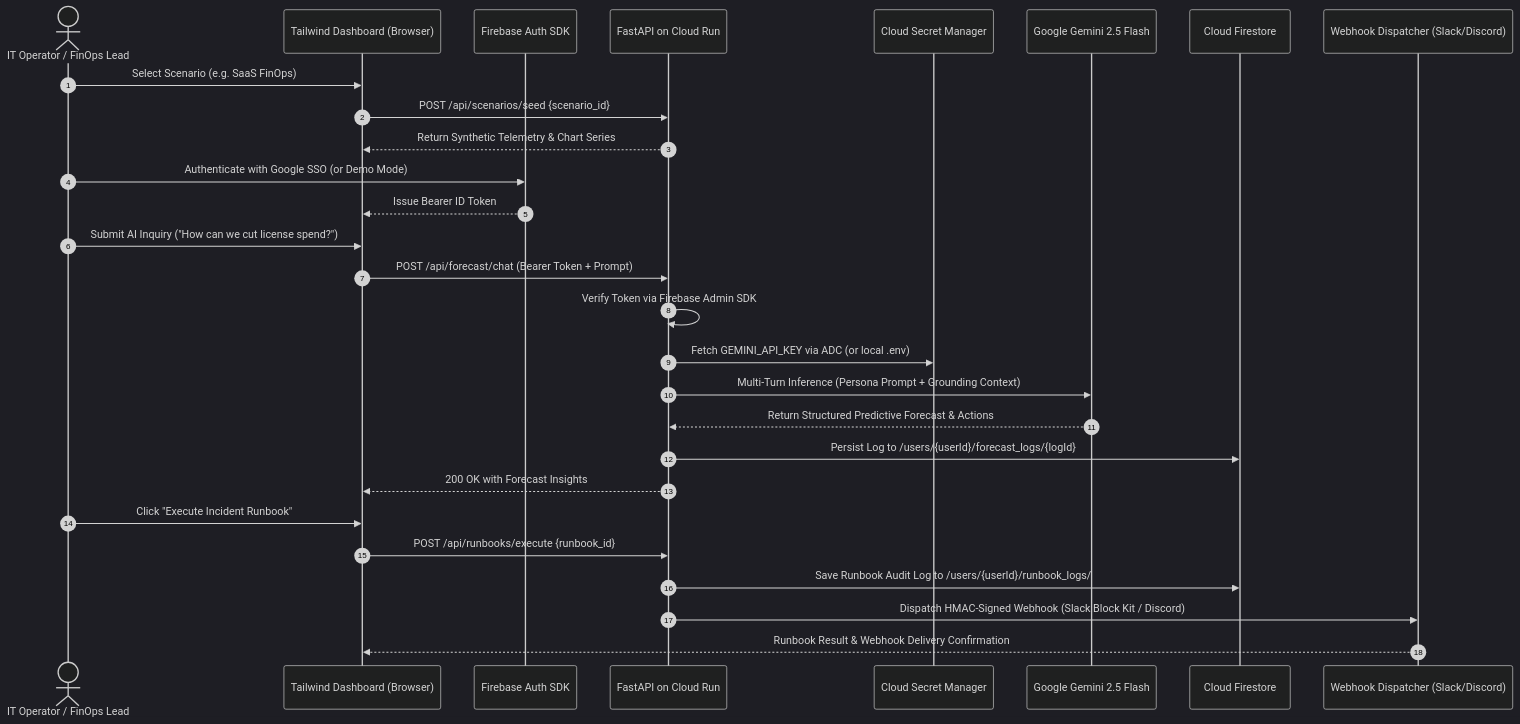
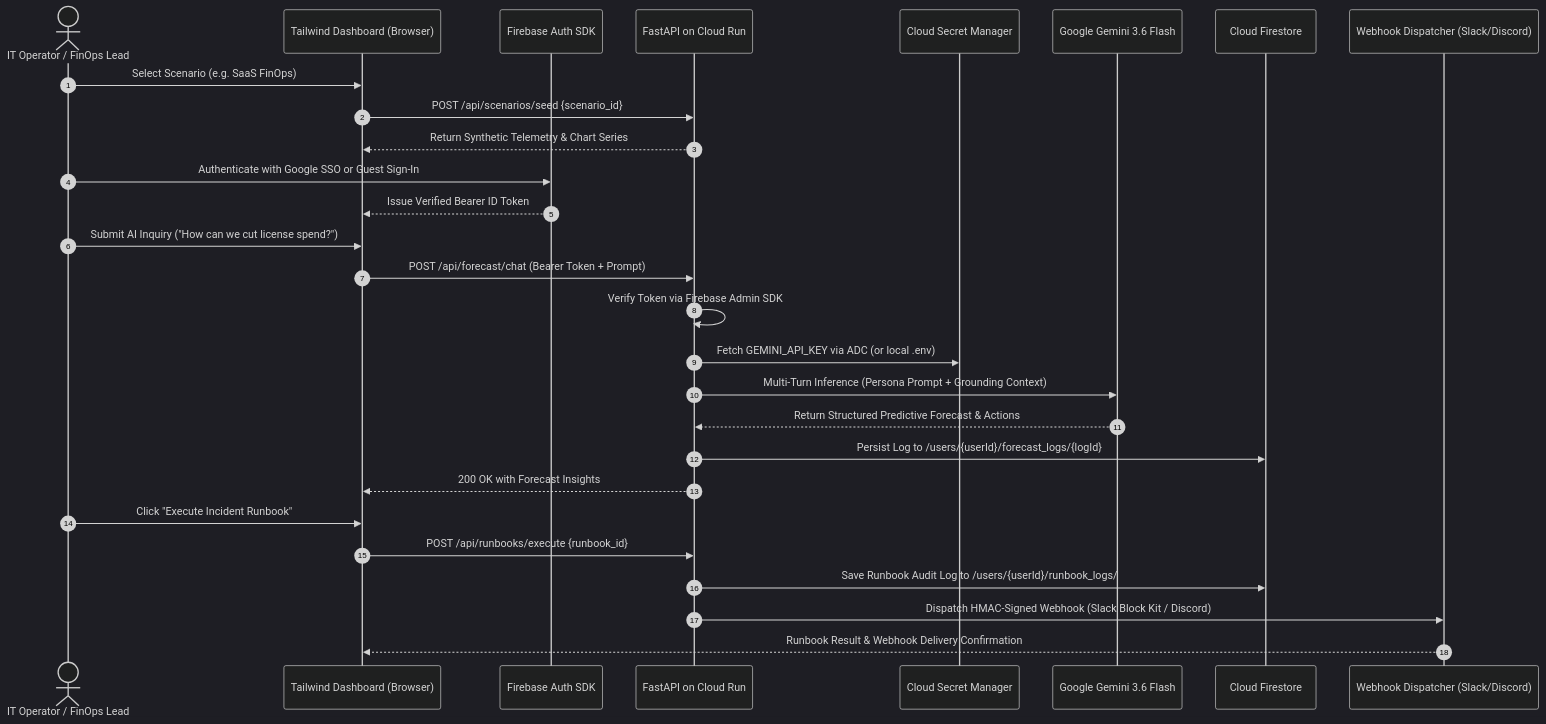
The diagram in README.md (GitPhantom700/workplace_pulse), drawn with Mermaid (dark theme) before and after one commit. The commit also changed other lines of this file and 15 other files, not shown here.

````diff
--- a/README.md
+++ b/README.md
@@ -288,31 +286,31 @@
 ```mermaid
 sequenceDiagram
     autonumber
     actor User as IT Operator / FinOps Lead
     participant Frontend as Tailwind Dashboard (Browser)
     participant Auth as Firebase Auth SDK
     participant Backend as FastAPI on Cloud Run
     participant Secrets as Cloud Secret Manager
-    participant Gemini as Google Gemini 2.5 Flash
+    participant Gemini as Google Gemini 3.6 Flash
     participant Firestore as Cloud Firestore
     participant Webhook as Webhook Dispatcher (Slack/Discord)
 
     User->>Frontend: Select Scenario (e.g. SaaS FinOps)
     Frontend->>Backend: POST /api/scenarios/seed {scenario_id}
     Backend-->>Frontend: Return Synthetic Telemetry & Chart Series
-    User->>Auth: Authenticate with Google SSO (or Demo Mode)
-    Auth-->>Frontend: Issue Bearer ID Token
+    User->>Auth: Authenticate with Google SSO or Guest Sign-In
+    Auth-->>Frontend: Issue Verified Bearer ID Token
     User->>Frontend: Submit AI Inquiry ("How can we cut license spend?")
     Frontend->>Backend: POST /api/forecast/chat (Bearer Token + Prompt)
     Backend->>Backend: Verify Token via Firebase Admin SDK
     Backend->>Secrets: Fetch GEMINI_API_KEY via ADC (or local .env)
     Backend->>Gemini: Multi-Turn Inference (Persona Prompt + Grounding Context)
     Gemini-->>Backend: Return Structured Predictive Forecast & Actions
     Backend->>Firestore: Persist Log to /users/{userId}/forecast_logs/{logId}
     Backend-->>Frontend: 200 OK with Forecast Insights
     User->>Frontend: Click "Execute Incident Runbook"
     Frontend->>Backend: POST /api/runbooks/execute {runbook_id}
     Backend->>Firestore: Save Runbook Audit Log to /users/{userId}/runbook_logs/
     Backend->>Webhook: Dispatch HMAC-Signed Webhook (Slack Block Kit / Discord)
     Webhook-->>Frontend: Runbook Result & Webhook Delivery Confirmation
 ```
````
